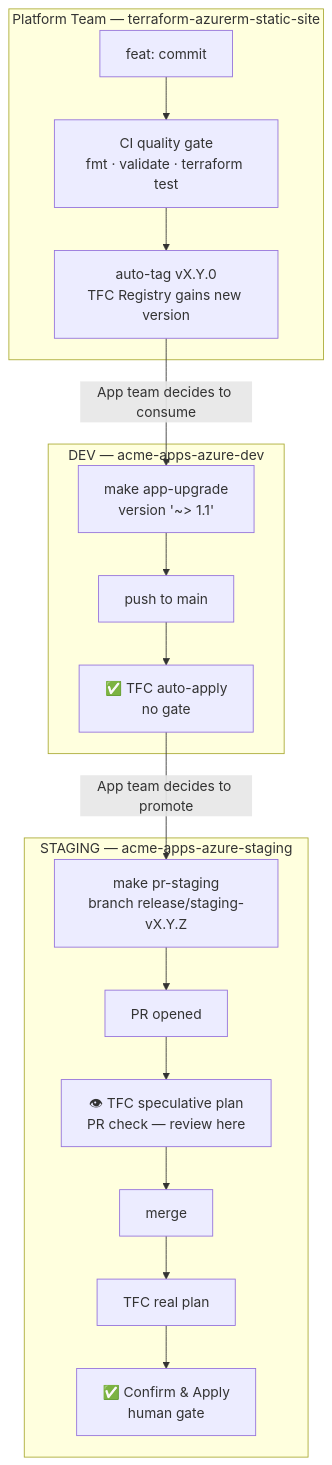
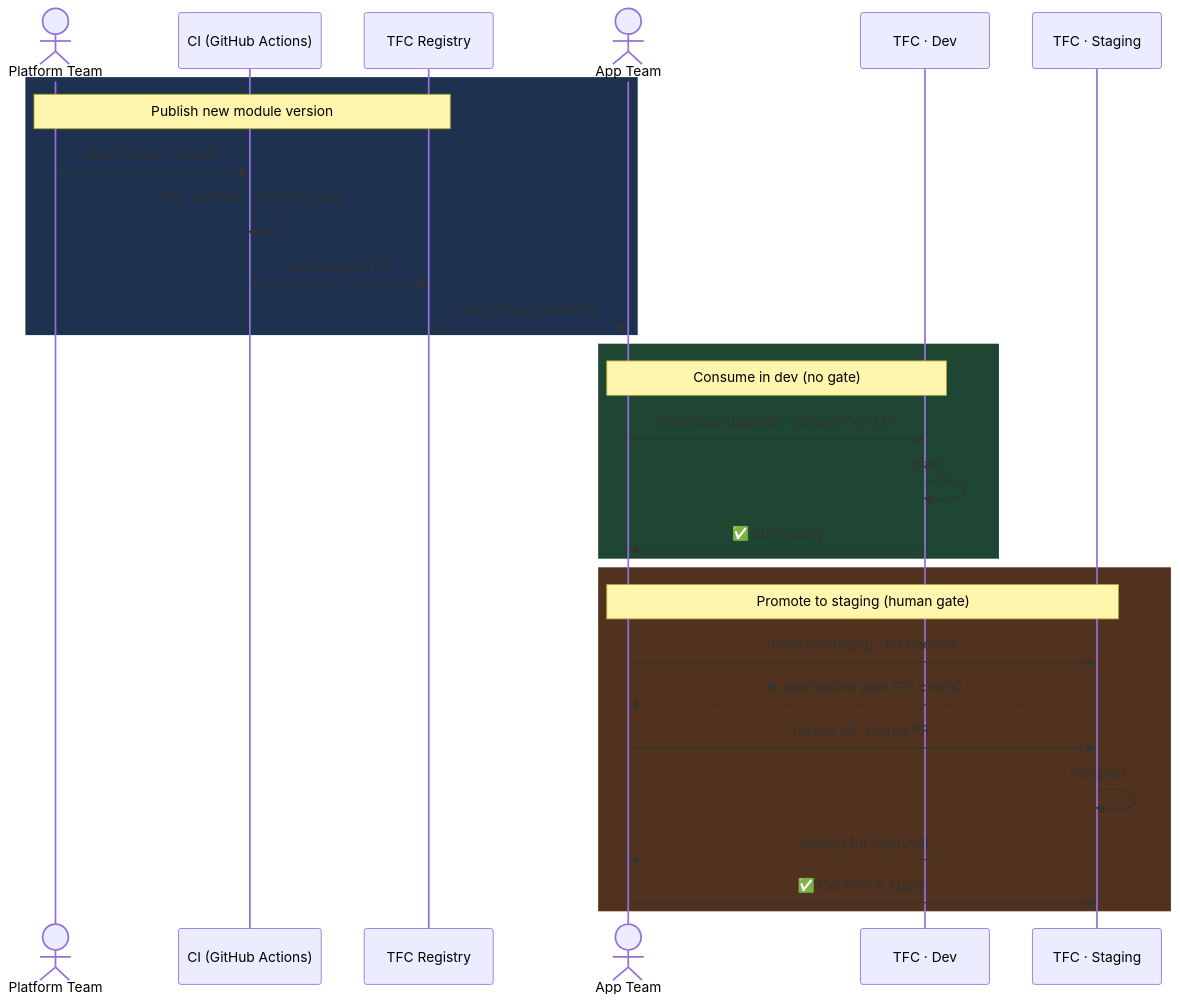
The diagram in README.md (ngphban00/acme-demo-runbook), drawn with Mermaid before and after one commit.

Commit message:
docs: switch promotion diagram to sequenceDiagram — shows two-sided interaction

````diff
--- a/README.md
+++ b/README.md
@@ -71,23 +71,34 @@
 ```mermaid
-flowchart TD
-    subgraph PT ["Platform Team — terraform-azurerm-static-site"]
-        A["feat: commit"] --> B["CI quality gate\nfmt · validate · terraform test"]
-        B --> C["auto-tag vX.Y.0\nTFC Registry gains new version"]
+sequenceDiagram
+    actor PT as Platform Team
+    participant CI as CI (GitHub Actions)
+    participant REG as TFC Registry
+    actor AT as App Team
+    participant DEV as TFC · Dev
+    participant STG as TFC · Staging
+
+    rect rgb(30, 50, 80)
+        note over PT,REG: Publish new module version
+        PT->>CI: feat: commit → push
+        CI->>CI: fmt · validate · terraform test
+        CI->>REG: auto-tag vX.Y.0
+        REG-->>AT: new version available
     end
 
-    subgraph DEV ["DEV — acme-apps-azure-dev"]
-        E["make app-upgrade\nversion '~> 1.1'"] --> F["push to main"]
-        F --> G["✅ TFC auto-apply\nno gate"]
+    rect rgb(30, 70, 50)
+        note over AT,DEV: Consume in dev (no gate)
+        AT->>DEV: make app-upgrade · version "~> 1.1"
+        DEV->>DEV: plan
+        DEV-->>AT: ✅ auto-apply
     end
 
-    subgraph STG ["STAGING — acme-apps-azure-staging"]
-        I["make pr-staging\nbranch release/staging-vX.Y.Z"] --> J["PR opened"]
-        J --> K["👁 TFC speculative plan\nPR check — review here"]
-        K --> L["merge"]
-        L --> M["TFC real plan"]
-        M --> N["✅ Confirm & Apply\nhuman gate"]
+    rect rgb(80, 50, 30)
+        note over AT,STG: Promote to staging (human gate)
+        AT->>STG: make pr-staging · PR opened
+        STG-->>AT: 👁 speculative plan (PR check)
+        AT->>STG: review ok · merge PR
+        STG->>STG: real plan
+        STG-->>AT: waiting for approval
+        AT->>STG: ✅ Confirm & Apply
     end
-
-    C -->|"App team decides to consume"| E
-    G -->|"App team decides to promote"| I
 ```
````
